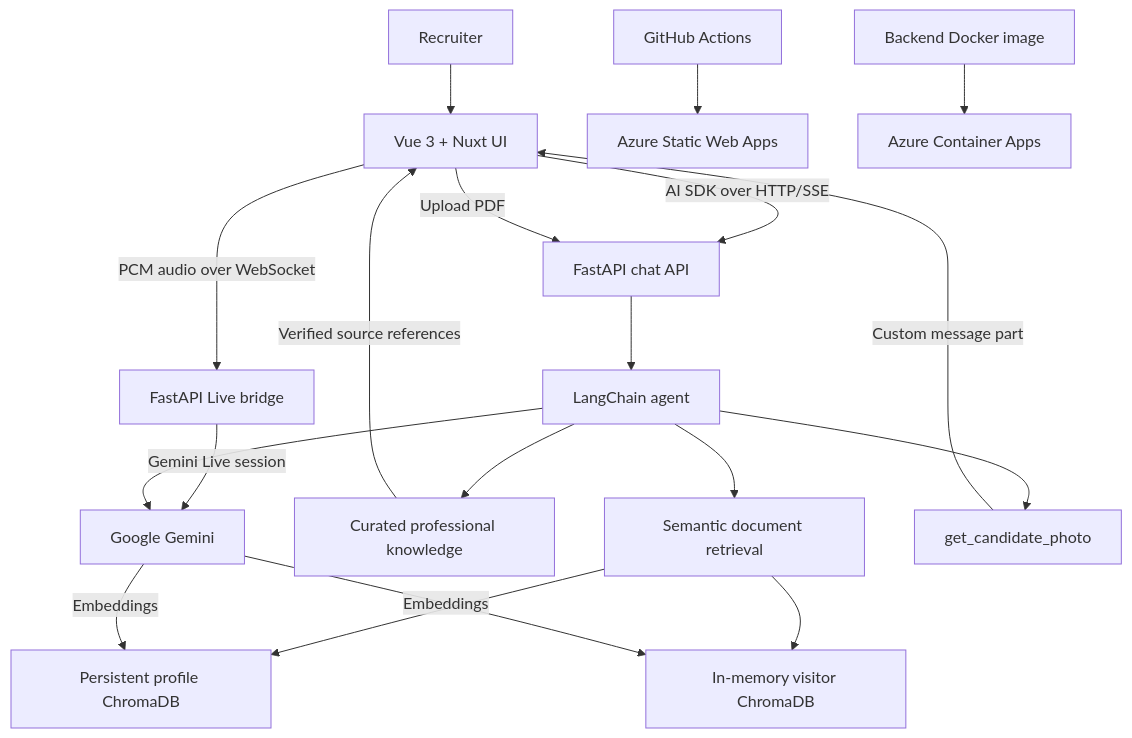
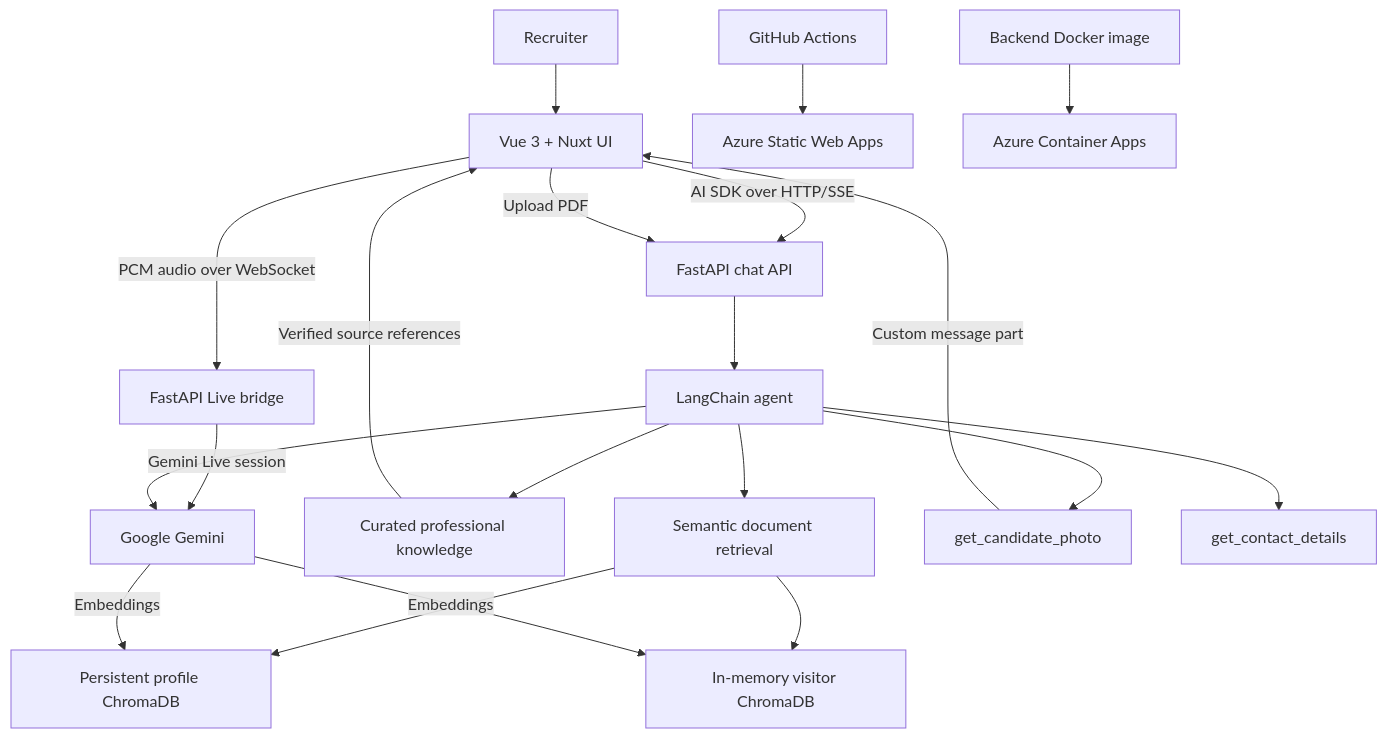
One commit to JeykerSalinas/awesome-ai-profile changed the diagram in README.md. Above: the diagram before and after it, drawn with Mermaid. The commit also changed other lines of this file and 15 other files, not shown here.

Commit message:
feat: add agent-led contact handoff

````diff
--- a/README.md
+++ b/README.md
@@ -61,21 +62,22 @@
 ```mermaid
 flowchart TD
     Recruiter[Recruiter] --> Frontend[Vue 3 + Nuxt UI]
     Frontend -->|AI SDK over HTTP/SSE| API[FastAPI chat API]
     Frontend -->|PCM audio over WebSocket| LiveAPI[FastAPI Live bridge]
     LiveAPI -->|Gemini Live session| Gemini
     API --> Agent[LangChain agent]
     Agent --> Gemini[Google Gemini]
     Agent --> Knowledge[Curated professional knowledge]
     Agent --> RAG[Semantic document retrieval]
     RAG --> ProfileStore[Persistent profile ChromaDB]
     RAG --> VisitorStore[In-memory visitor ChromaDB]
     Gemini -->|Embeddings| ProfileStore
     Gemini -->|Embeddings| VisitorStore
     Frontend -->|Upload PDF| API
     Agent --> Photo[get_candidate_photo]
+    Agent --> Contact[get_contact_details]
     Knowledge -->|Verified source references| Frontend
     Photo -->|Custom message part| Frontend
     GitHub[GitHub Actions] --> AzureWeb[Azure Static Web Apps]
     Docker[Backend Docker image] --> AzureAPI[Azure Container Apps]
 ```
````
